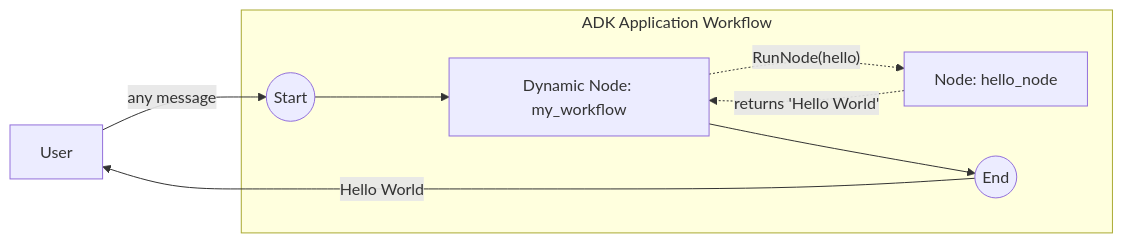
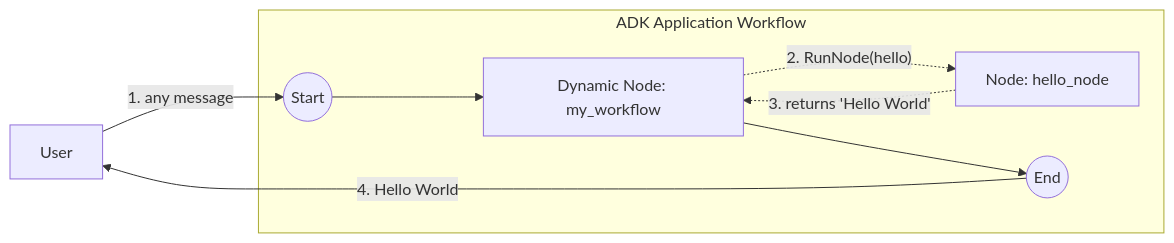
One commit to google/adk-go changed the diagram in examples/workflow/dynamic/basic/README.md. Above: the diagram before and after it, drawn with Mermaid. The commit also changed 8 other files, not shown here.

First line of the commit message:
docs(examples/workflow): number diagram edges to show flow order (review feedback)

````diff
--- a/examples/workflow/dynamic/basic/README.md
+++ b/examples/workflow/dynamic/basic/README.md
@@ -14,12 +14,12 @@
 ```mermaid
 graph LR
     User[User]
     subgraph "ADK Application Workflow"
         Start((Start)) --> D[Dynamic Node: my_workflow]
-        D -.->|"RunNode(hello)"| C[Node: hello_node]
-        C -.->|"returns 'Hello World'"| D
+        D -.->|"2. RunNode(hello)"| C[Node: hello_node]
+        C -.->|"3. returns 'Hello World'"| D
         D --> End((End))
     end
-    User -- "any message" --> Start
-    End -- "Hello World" --> User
+    User -- "1. any message" --> Start
+    End -- "4. Hello World" --> User
 ```
````
